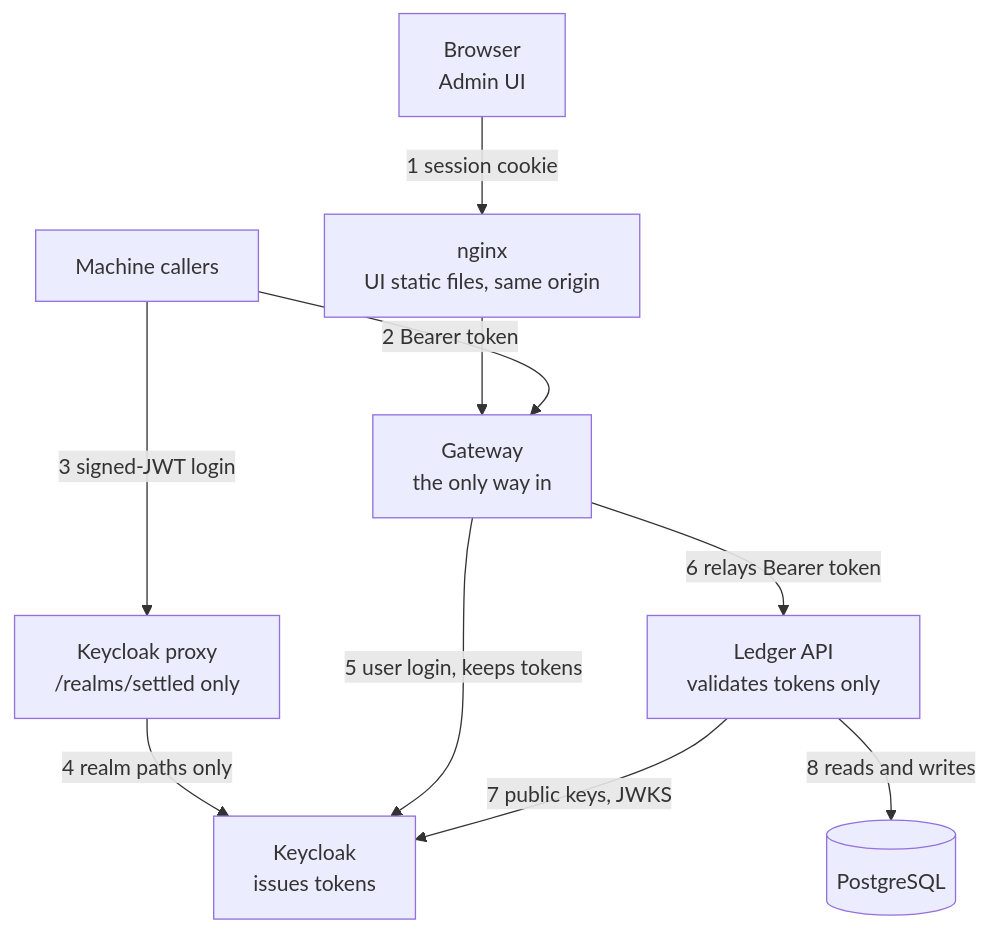
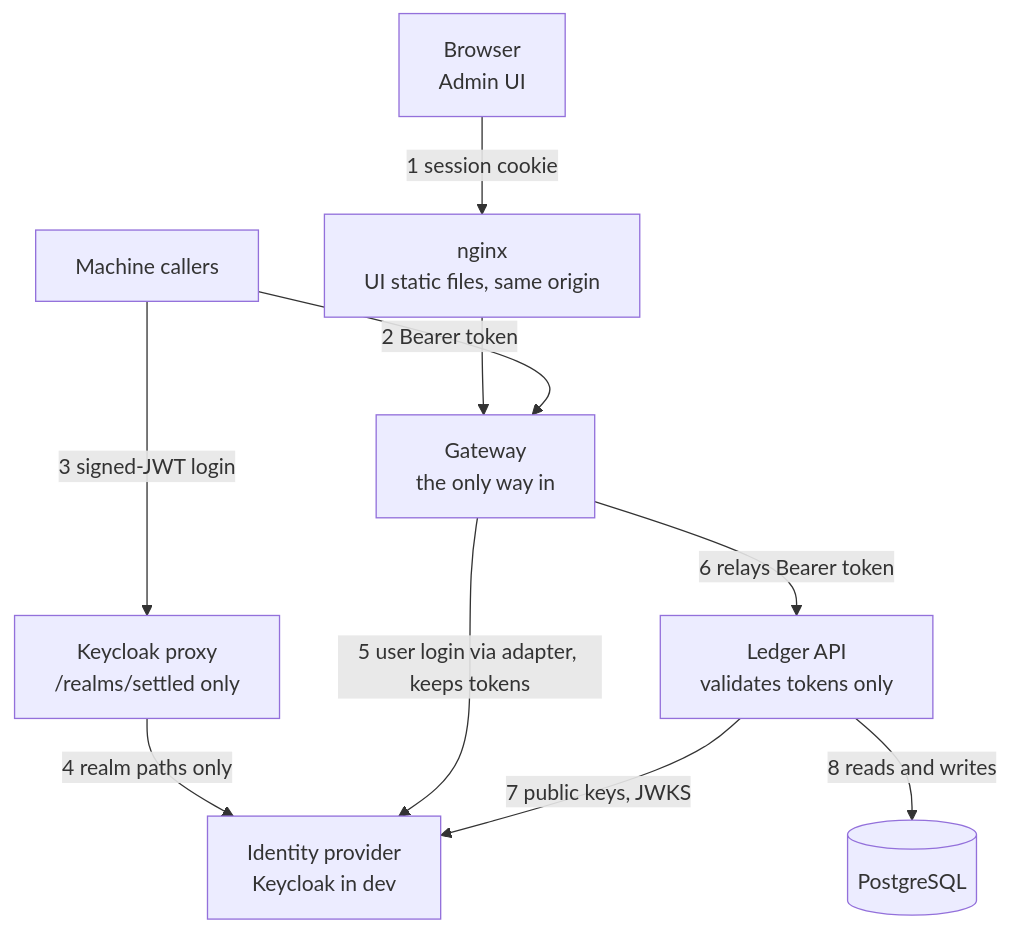
One commit to archdemon-developer/settled changed the second of 3 diagrams in README.md. Above: the diagram before and after it, drawn with Mermaid. The commit also changed other lines of this file and 5 other files, not shown here.

Commit message:
docs(adr): changes to architecture decisions

````diff
--- a/README.md
+++ b/README.md
@@ -55,20 +55,20 @@
 ```mermaid
 flowchart TB
   B["Browser<br/>Admin UI"]
   M["Machine callers"]
   N["nginx<br/>UI static files, same origin"]
   G["Gateway<br/>the only way in"]
   KP["Keycloak proxy<br/>/realms/settled only"]
-  K["Keycloak<br/>issues tokens"]
+  K["Identity provider<br/>Keycloak in dev"]
   L["Ledger API<br/>validates tokens only"]
   P[("PostgreSQL")]
   B -->|"1 session cookie"| N
   N --> G
   M -->|"2 Bearer token"| G
   M -->|"3 signed-JWT login"| KP
   KP -->|"4 realm paths only"| K
-  G -->|"5 user login, keeps tokens"| K
+  G -->|"5 user login via adapter, keeps tokens"| K
   G -->|"6 relays Bearer token"| L
   L -->|"7 public keys, JWKS"| K
   L -->|"8 reads and writes"| P
 ```
````
